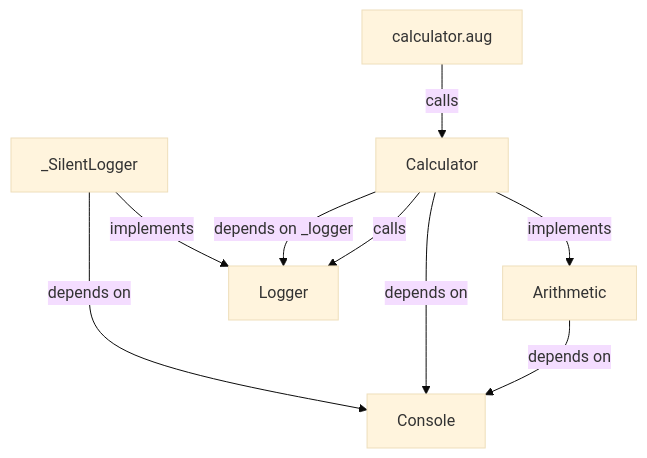
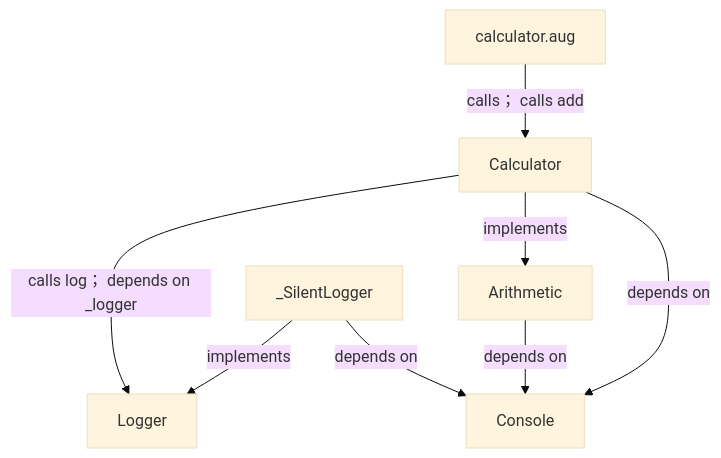
Before and after one commit to GreenPandaStudios/augscript: the first of 3 diagrams in docs/examples/developer-workflow/calculator-diagrams.md, drawn with Mermaid (base theme). The commit also changed other lines of this file and 304 other files, not shown here.

Commit message:
Make generated data-flow sequences concise and review every diagram

````diff
--- a/docs/examples/developer-workflow/calculator-diagrams.md
+++ b/docs/examples/developer-workflow/calculator-diagrams.md
@@ -19,17 +19,16 @@
 ```mermaid
 flowchart TD
     n0["Console"]
     n1["Arithmetic"]
     n2["Calculator"]
     n3["_SilentLogger"]
     n4["Logger"]
     n5["calculator.aug"]
     n1 -->|"depends on"| n0
     n2 -->|"depends on"| n0
     n2 -->|"implements"| n1
-    n2 -->|"calls"| n4
-    n2 -->|"depends on _logger"| n4
+    n2 -->|"calls log； depends on _logger"| n4
     n3 -->|"depends on"| n0
     n3 -->|"implements"| n4
-    n5 -->|"calls"| n2
+    n5 -->|"calls； calls add"| n2
 ```
````
